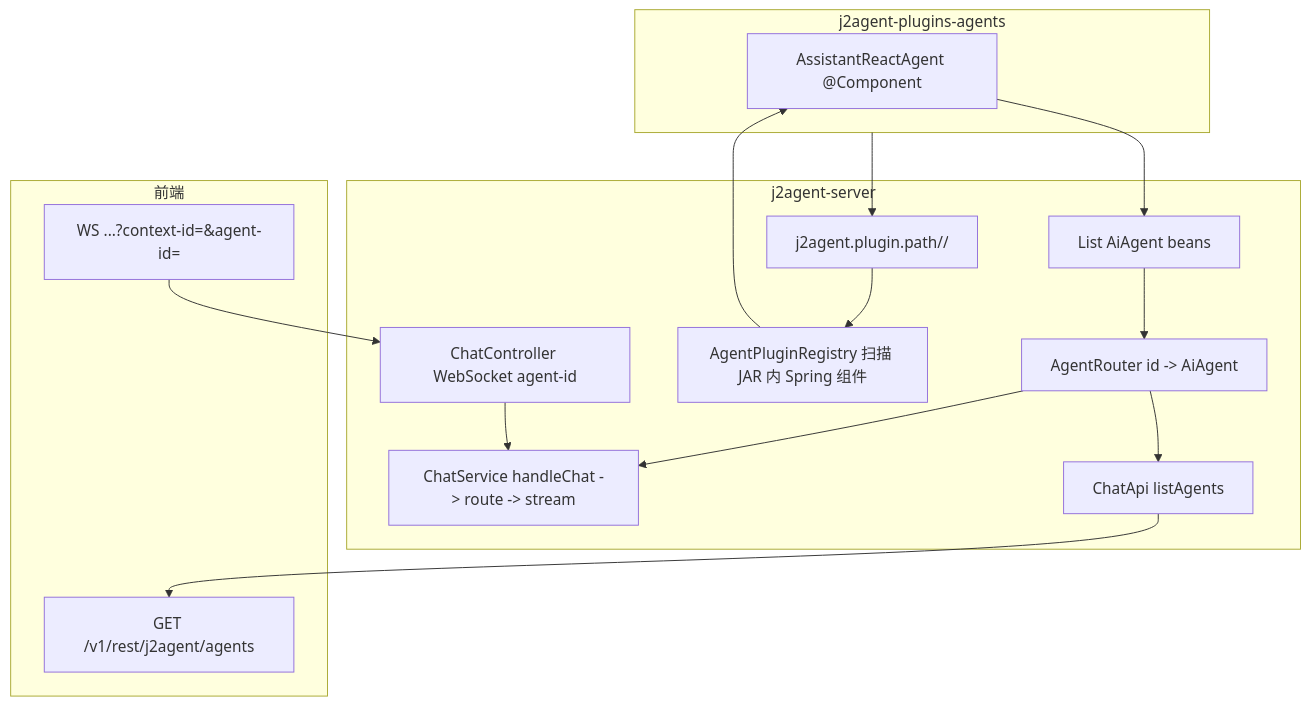
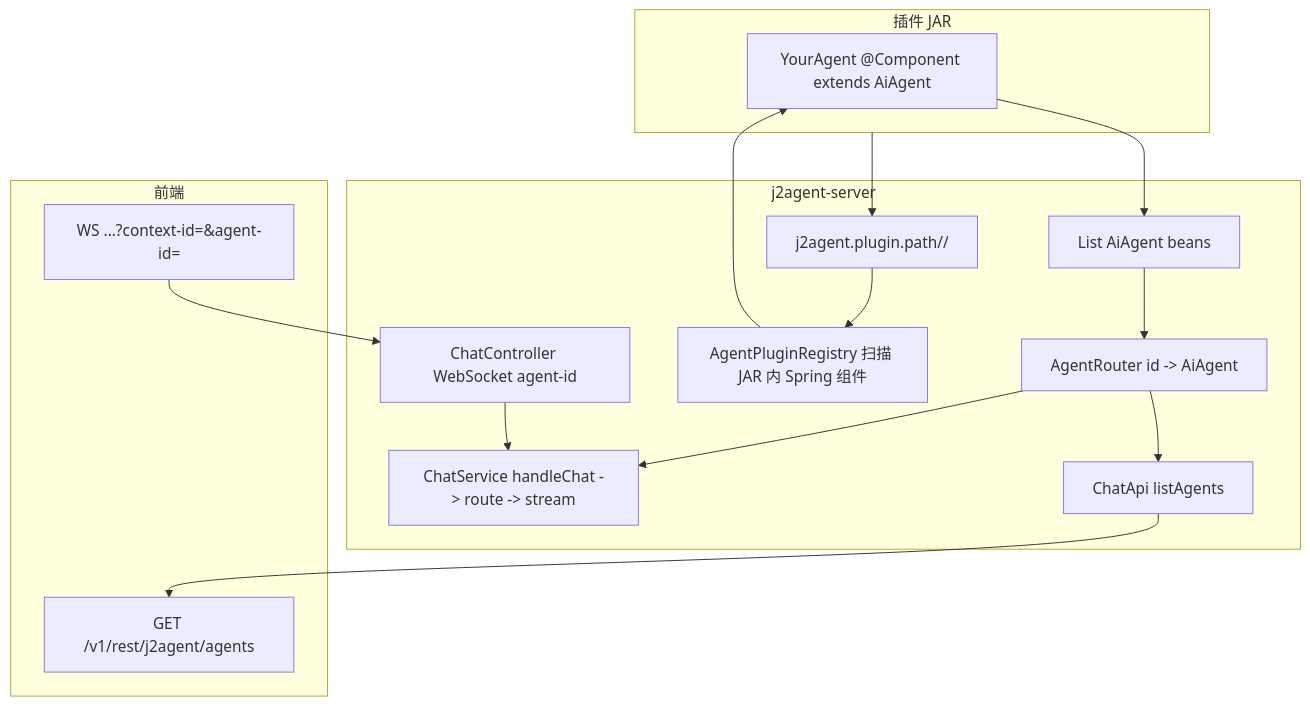
The diagram in 平台/插件Agent接入与界面/README.md (j2agent-ai/j2agent-docs), drawn with Mermaid before and after one commit. The commit also changed other lines of this file and 7 other files, not shown here.

````diff
--- a/平台/插件Agent接入与界面/README.md
+++ b/平台/插件Agent接入与界面/README.md
@@ -9,29 +9,29 @@
 ```mermaid
 flowchart TB
-  subgraph jar [j2agent-plugins-agents]
-    ARA[AssistantReactAgent @Component]
+  subgraph jar [插件 JAR]
+    PA["YourAgent @Component extends AiAgent"]
   end
   subgraph server [j2agent-server]
     PATH["j2agent.plugin.path/<agentDir>/"]
     REG[AgentPluginRegistry 扫描 JAR 内 Spring 组件]
     LIST[List AiAgent beans]
     ROUTER[AgentRouter id -> AiAgent]
     API[ChatApi listAgents]
     WS[ChatController WebSocket agent-id]
     CS[ChatService handleChat -> route -> stream]
   end
   subgraph ui [前端]
     GET["GET /v1/rest/j2agent/agents"]
     SOCK["WS ...?context-id=&agent-id="]
   end
   jar --> PATH
   PATH --> REG
-  REG --> ARA
-  ARA --> LIST
+  REG --> PA
+  PA --> LIST
   LIST --> ROUTER
   ROUTER --> API
   ROUTER --> CS
   API --> GET
   WS --> CS
   SOCK --> WS
 ```
````
